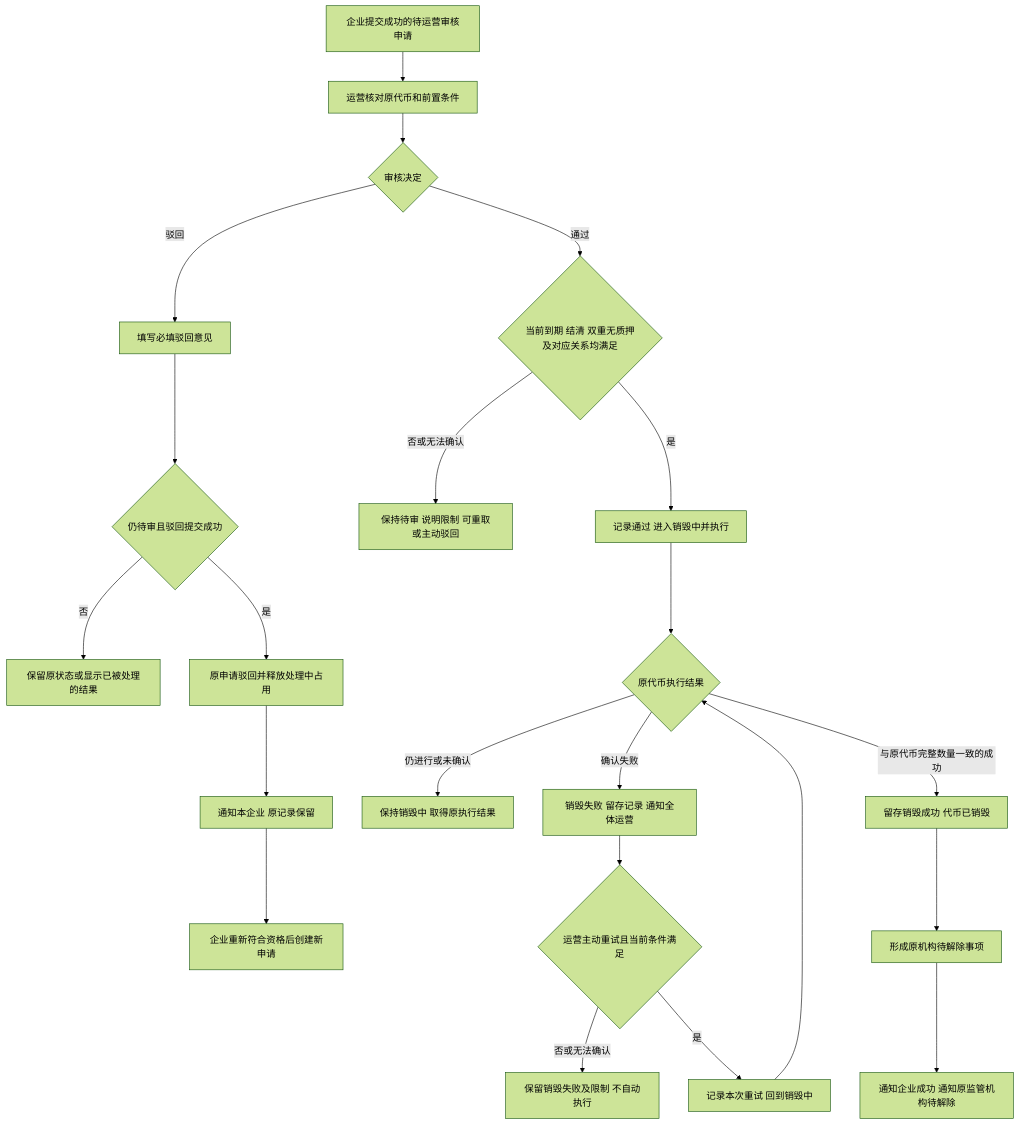
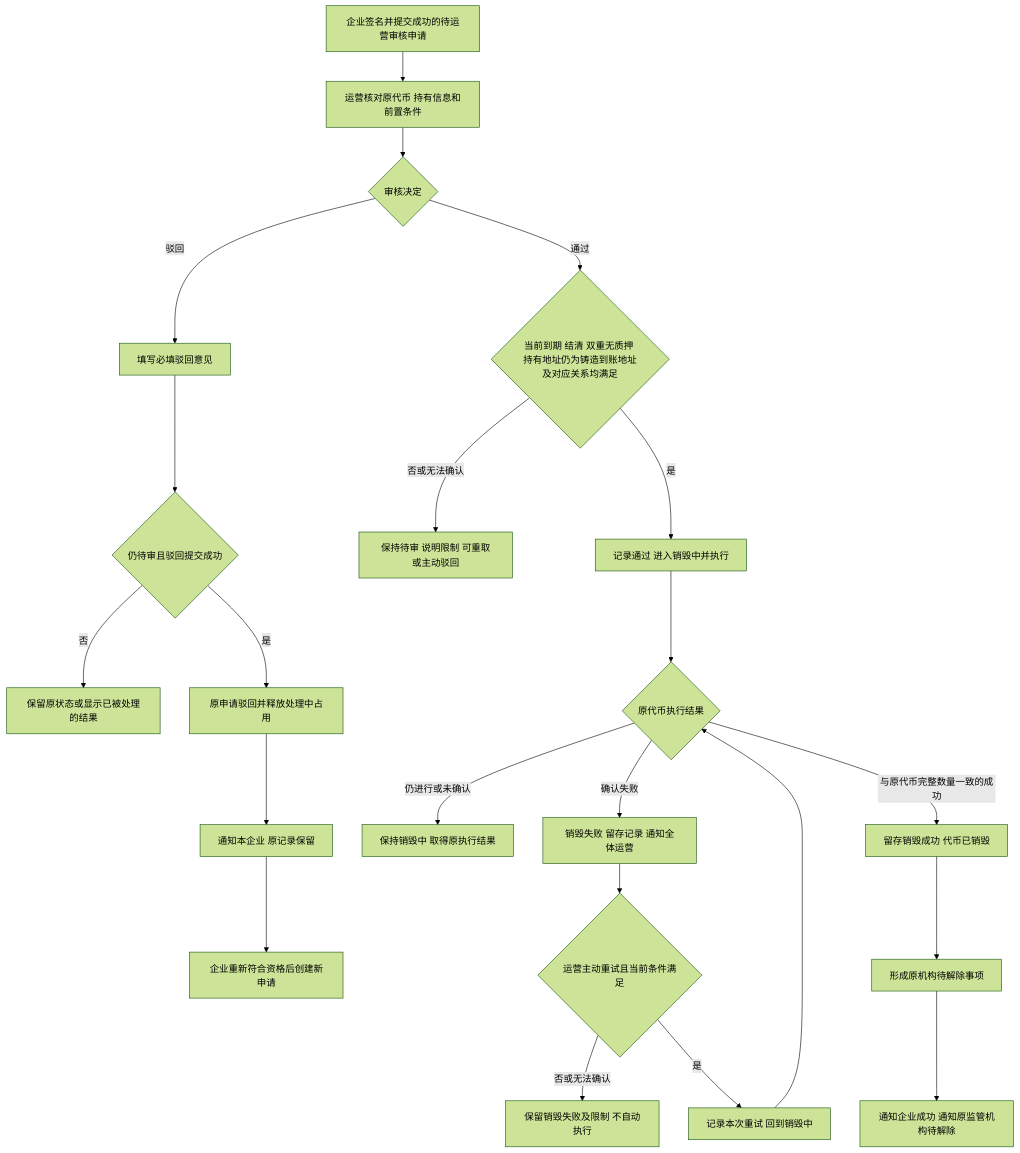
Before and after one commit to wxblockchain/Chain-Financing: the first of 4 diagrams in token-issuance-platform/PRD/管理端/M4b-销毁审核与解除质押/02-销毁审核与解除质押-流程图与状态机.md, drawn with Mermaid (forest theme). The commit also changed other lines of this file and 4 other files, not shown here.

````diff
--- a/token-issuance-platform/PRD/管理端/M4b-销毁审核与解除质押/02-销毁审核与解除质押-流程图与状态机.md
+++ b/token-issuance-platform/PRD/管理端/M4b-销毁审核与解除质押/02-销毁审核与解除质押-流程图与状态机.md
@@ -17,24 +17,24 @@
 ```mermaid
 flowchart TD
-    A[企业提交成功的待运营审核申请] --> B[运营核对原代币和前置条件]
+    A[企业签名并提交成功的待运营审核申请] --> B[运营核对原代币 持有信息和前置条件]
     B --> C{审核决定}
     C -->|驳回| D[填写必填驳回意见]
     D --> E{仍待审且驳回提交成功}
     E -->|否| F[保留原状态或显示已被处理的结果]
     E -->|是| G[原申请驳回并释放处理中占用]
     G --> H[通知本企业 原记录保留]
     H --> I[企业重新符合资格后创建新申请]
-    C -->|通过| J{当前到期 结清 双重无质押及对应关系均满足}
+    C -->|通过| J{当前到期 结清 双重无质押 持有地址仍为铸造到账地址及对应关系均满足}
     J -->|否或无法确认| K[保持待审 说明限制 可重取或主动驳回]
     J -->|是| L[记录通过 进入销毁中并执行]
     L --> M{原代币执行结果}
     M -->|仍进行或未确认| N[保持销毁中 取得原执行结果]
     M -->|确认失败| O[销毁失败 留存记录 通知全体运营]
     O --> P{运营主动重试且当前条件满足}
     P -->|否或无法确认| Q[保留销毁失败及限制 不自动执行]
     P -->|是| R[记录本次重试 回到销毁中]
     R --> M
     M -->|与原代币完整数量一致的成功| S[留存销毁成功 代币已销毁]
     S --> T[形成原机构待解除事项]
     T --> U[通知企业成功 通知原监管机构待解除]
 ```
````
